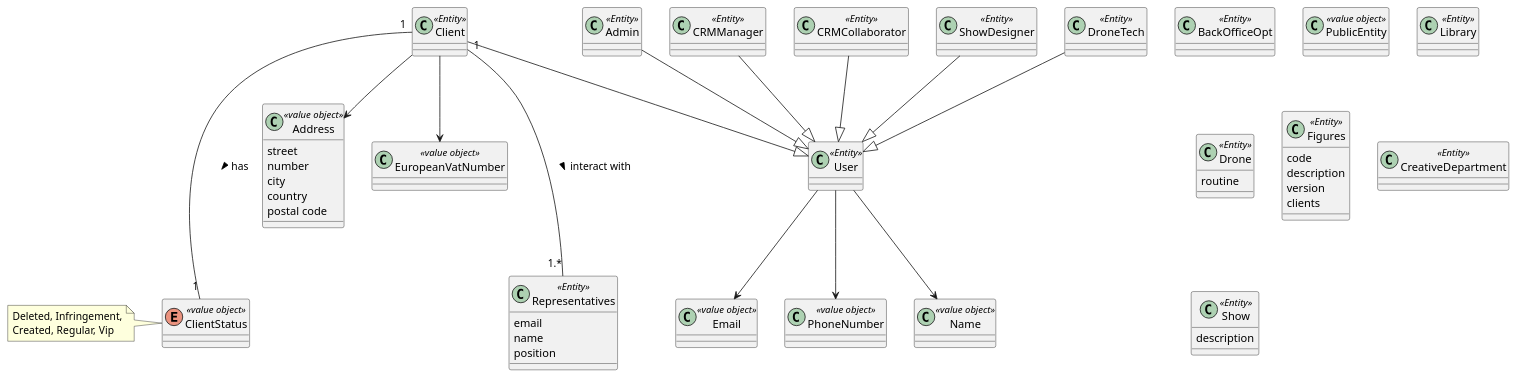
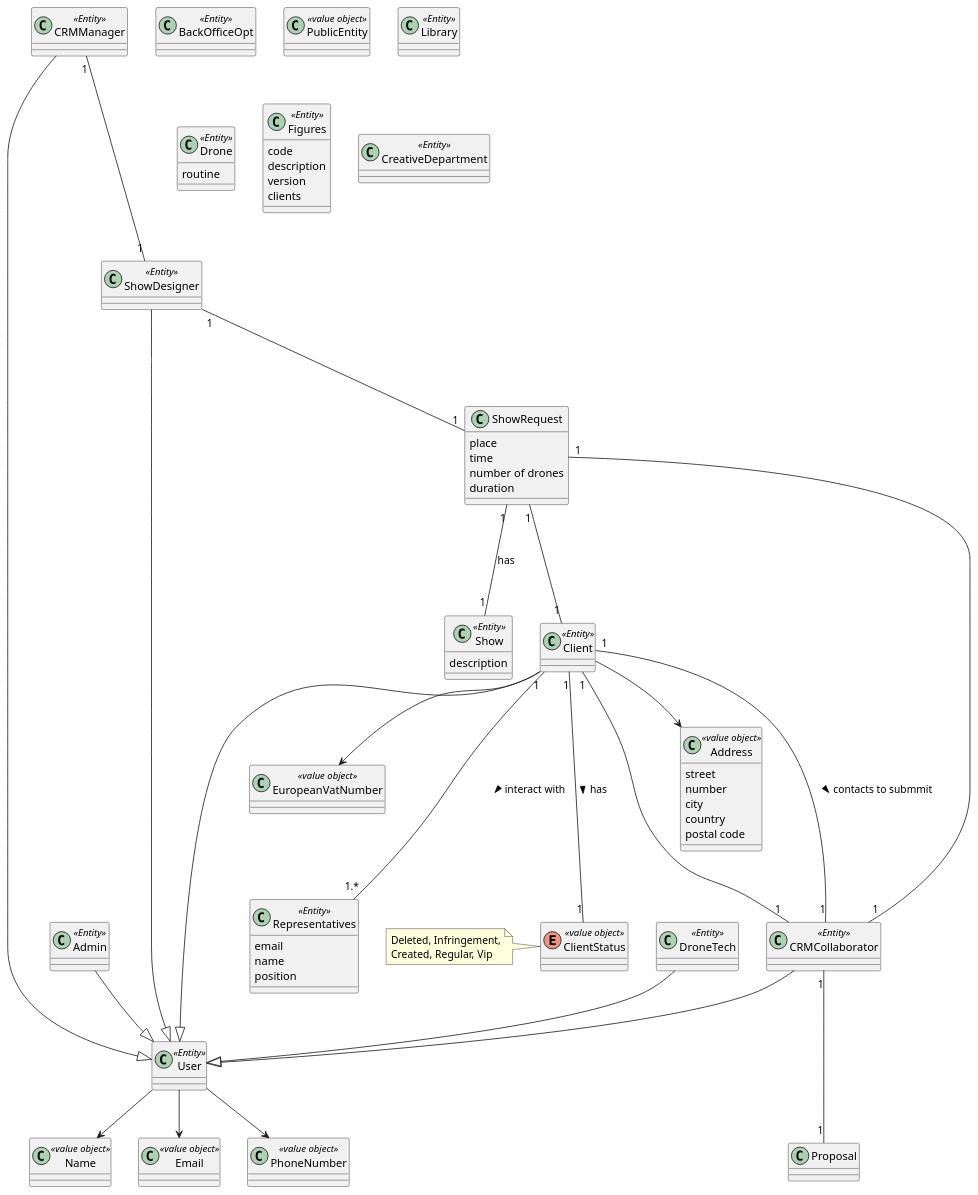
Before and after one commit to diogoveirospro/sem4pi-2024-2025-sem4pi_2024_2025_g44: the diagram in docs/global_artifacts/analysis/puml/domain_model.puml, drawn with PlantUML.

Commit message:
update on domain model #2

```diff
--- a/docs/global_artifacts/analysis/puml/domain_model.puml
+++ b/docs/global_artifacts/analysis/puml/domain_model.puml
@@ -1,106 +1,128 @@
 @startuml
 
 class BackOfficeOpt <<Entity>>{
 
 }
 
 class Client <<Entity>>{
 
 }
 
 class PublicEntity <<value object>>{
 }
 
 class Address <<value object>>{
     street
     number
     city
     country
     postal code
 }
 
 class EuropeanVatNumber <<value object>>{
 }
 
 class Library <<Entity>>{
 }
 
 class Drone <<Entity>>{
     routine
 }
 
 class Figures <<Entity>>{
     code
     description
     version
     clients
 }
 
 class CreativeDepartment <<Entity>>{
 }
 
 Enum ClientStatus <<value object>>{
 
 }
 
 note left of ClientStatus
   Deleted, Infringement,
   Created, Regular, Vip
 end note
 
 class User <<Entity>>{
 }
 
 class PhoneNumber <<value object>>{
 }
 
 class Name <<value object>>{
 }
 
 class Email <<value object>>{
 }
 
 class Admin <<Entity>>{
 }
 
 class CRMManager <<Entity>>{
 
 }
 
 class CRMCollaborator <<Entity>>{
 }
 
 class ShowDesigner <<Entity>>{
 }
 
 class DroneTech <<Entity>>{
 }
 
 class Representatives <<Entity>>{
     email
     name
     position
 }
 
 class Show <<Entity>>{
     description
 }
 
 Client --> EuropeanVatNumber
 Client --> Address
 
 Client --|> User
 CRMCollaborator --|> User
 CRMManager --|> User
 Admin --|> User
 ShowDesigner --|> User
 DroneTech --|> User
 
 User --> PhoneNumber
 User --> Name
 User --> Email
 
-
 Client "1" --- "1.*" Representatives :> interact with
 Client "1" --- "1" ClientStatus :> has
+
+
+class ShowRequest {
+    place
+    time
+    number of drones
+    duration
+
+}
+
+class Proposal {
+
+}
+
+Client "1" --- "1" CRMCollaborator :> contacts to submmit
+ShowRequest "1" --- "1" Client
+ShowRequest "1" --- "1" Show : has
+ShowRequest "1" --- "1" CRMCollaborator
+CRMManager "1" --- "1" ShowDesigner
+ShowDesigner "1" --- "1" ShowRequest
+CRMCollaborator "1" --- "1" Proposal
+CRMCollaborator "1" --- "1" Client
+
 @enduml
```
